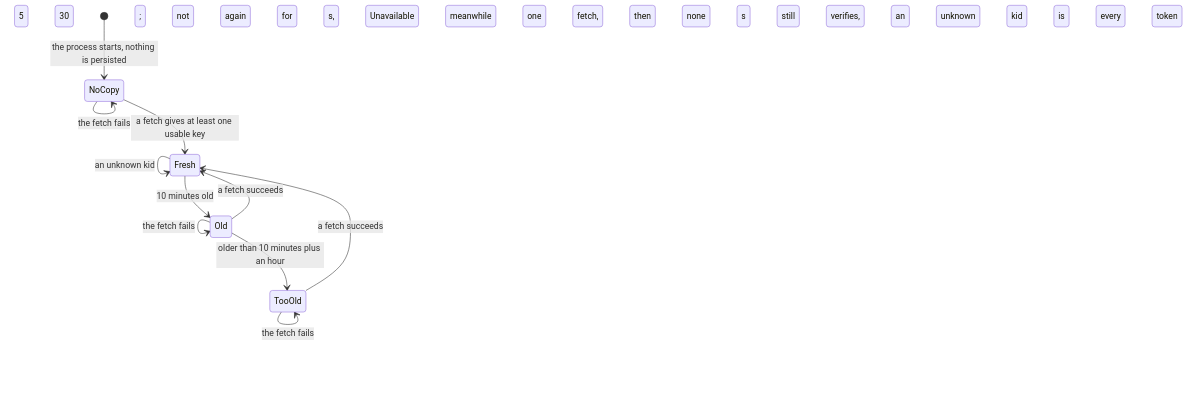
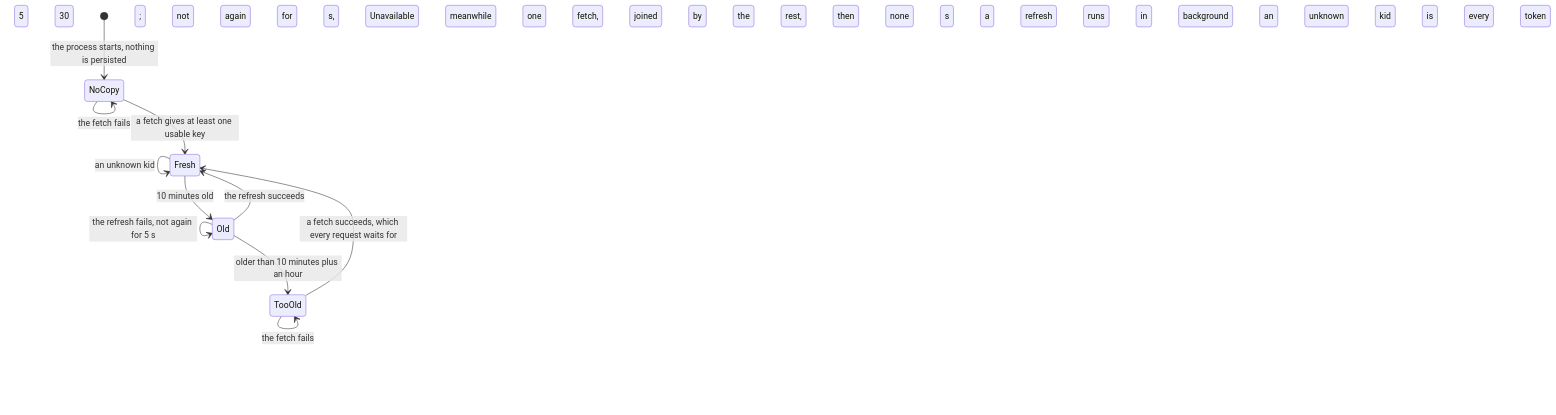
The second of 2 diagrams in crates/auth-oidc/README.md (vymalo/another-agentic-platform), drawn with Mermaid before and after one commit. The commit also changed other lines of this file and 6 other files, not shown here.

````diff
--- a/crates/auth-oidc/README.md
+++ b/crates/auth-oidc/README.md
@@ -57,13 +65,14 @@
 ```mermaid
 stateDiagram-v2
   [*] --> NoCopy: the process starts, nothing is persisted
   NoCopy --> Fresh: a fetch gives at least one usable key
   NoCopy --> NoCopy: the fetch fails; not again for 5 s, Unavailable meanwhile
-  Fresh --> Fresh: an unknown kid; one fetch, then none for 30 s
+  Fresh --> Fresh: an unknown kid; one fetch, joined by the rest, then none for 30 s
   Fresh --> Old: 10 minutes old
-  Old --> Fresh: a fetch succeeds
-  Old --> Old: the fetch fails; still verifies, an unknown kid is Unavailable
+  Old --> Old: used at once; a refresh runs in the background
+  Old --> Fresh: the refresh succeeds
+  Old --> Old: the refresh fails, not again for 5 s; an unknown kid is Unavailable
   Old --> TooOld: older than 10 minutes plus an hour
-  TooOld --> Fresh: a fetch succeeds
+  TooOld --> Fresh: a fetch succeeds, which every request waits for
   TooOld --> TooOld: the fetch fails; every token is Unavailable
 ```
````
